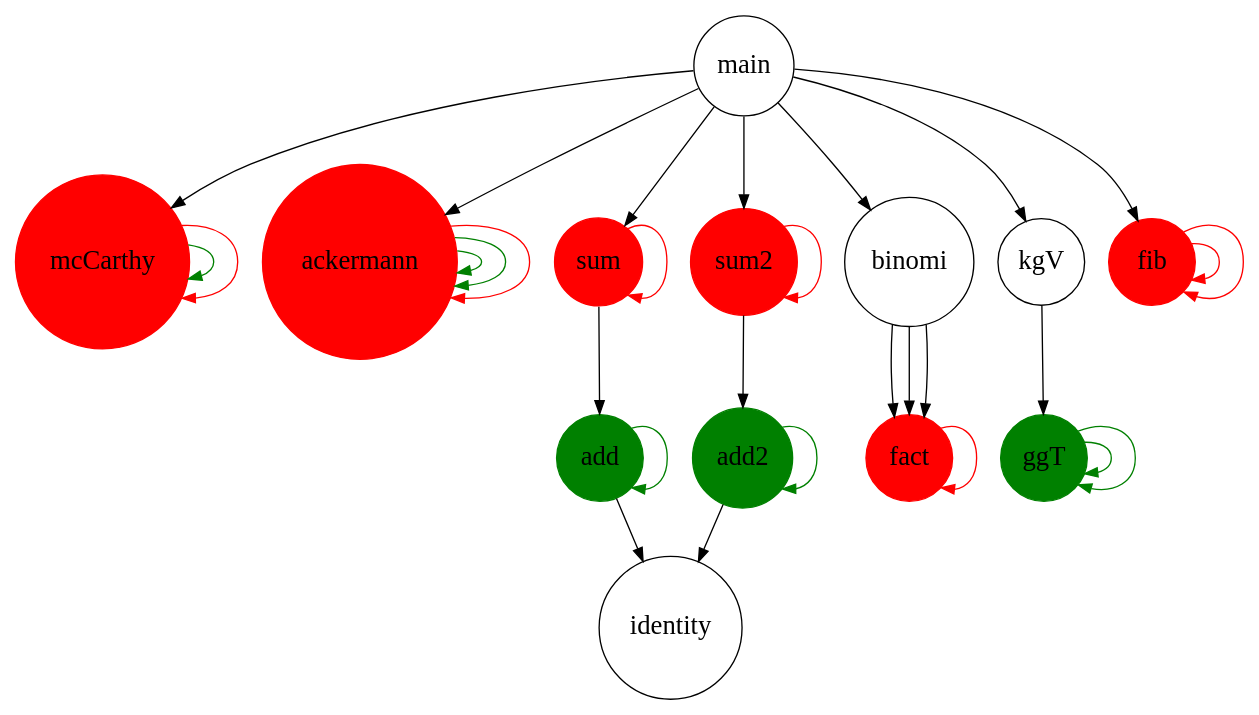
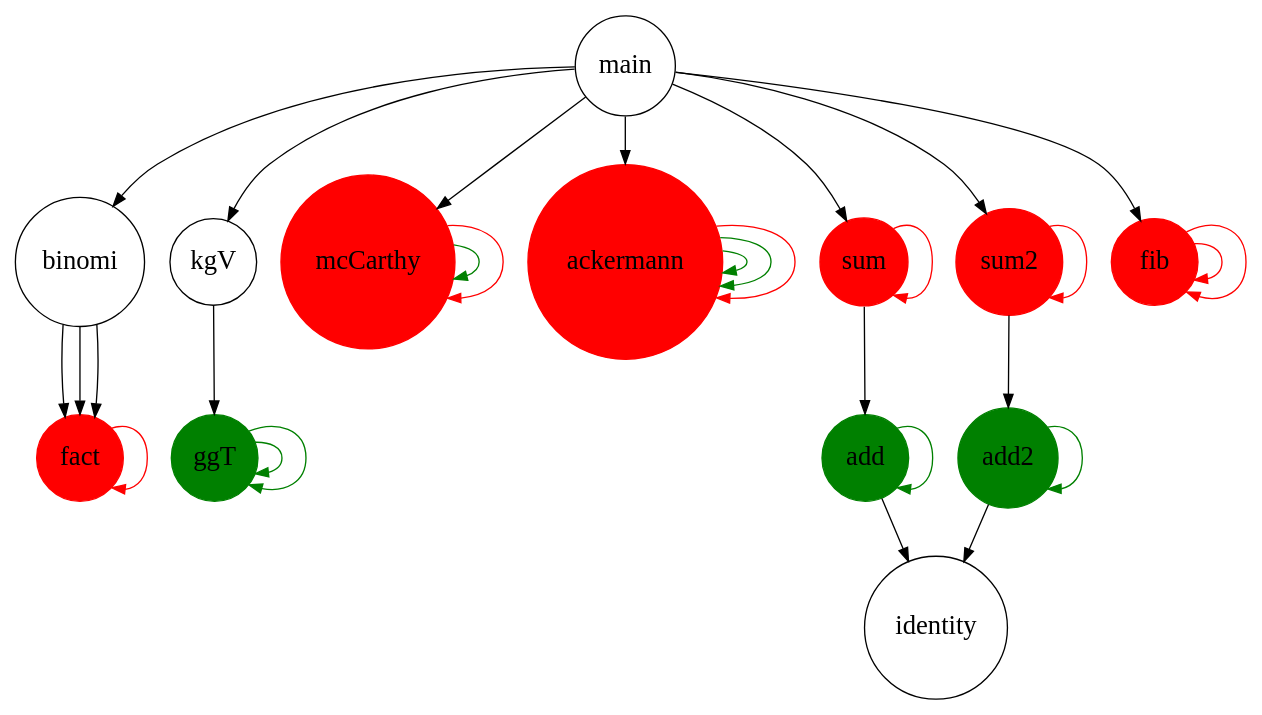
Before and after one commit to timlehmkuhl/CallGraph: the diagram in src/main/resources/output.dot, drawn with Graphviz. The commit also changed 11 other files, not shown here.

```diff
--- a/src/main/resources/output.dot
+++ b/src/main/resources/output.dot
@@ -1,55 +1,63 @@
-    digraph G {
+ digraph G {
     ranksep=.5;
-    edge [arrowsize=1]
+    edge [arrowsize=1];
     node [shape=circle, fontsize=20,  height=.90];
-    add[style=filled color="green"];add2[style=filled color="green"];ggT[style=filled color="green"];mcCarthy[style=filled color="green"];ackermann[style=filled color="green"];
-        main;identity;add;add2;sum;sum2;binomi;fact;ggT;kgV;fib;mcCarthy;ackermann;
-        sum[style=filled color="red"];sum2[style=filled color="red"];fact[style=filled color="red"];fib[style=filled color="red"];mcCarthy[style=filled color="red"];ackermann[style=filled color="red"];
-         main -> sum;
-         main -> sum2;
-         main -> binomi;
-         main -> fib;
-         main -> kgV;
-         main -> ackermann;
-         main -> mcCarthy;
-         
-         add -> identity;
-         
-         add2 -> identity;
-         
-         sum -> add;
-         
-         sum2 -> add2;
-         
-         binomi -> fact;
-         binomi -> fact;
-         binomi -> fact;
-         
-         kgV -> ggT;
-         
-         add -> add[color="green"];
-         
-         add2 -> add2[color="green"];
-         
-         ggT -> ggT[color="green"];
-         ggT -> ggT[color="green"];
-         
-         mcCarthy -> mcCarthy[color="green"];
-         
-         ackermann -> ackermann[color="green"];
-         ackermann -> ackermann[color="green"];
-         
-         sum -> sum[color="red"];
-         
-         sum2 -> sum2[color="red"];
-         
-         fact -> fact[color="red"];
-         
-         fib -> fib[color="red"];
-         fib -> fib[color="red"];
-         
-         mcCarthy -> mcCarthy[color="red"];
-         
-         ackermann -> ackermann[color="red"];
-         
+
+    /* Nodes */
+    main;
+    binomi;
+    kgV;
+
+    /* Nodes Endrekursiv */
+    add[style=filled color=green];
+    add2[style=filled color=green];
+    ggT[style=filled color=green];
+    mcCarthy[style=filled color=green];
+    ackermann[style=filled color=green];
+
+    /* Nodes Rekursiv */
+    sum[style=filled color=red];
+    sum2[style=filled color=red];
+    fact[style=filled color=red];
+    fib[style=filled color=red];
+    mcCarthy[style=filled color=red];
+    ackermann[style=filled color=red];
+
+    /* Edges */
+     main -> sum;
+     main -> sum2;
+     main -> binomi;
+     main -> fib;
+     main -> kgV;
+     main -> ackermann;
+     main -> mcCarthy;
+     add -> identity;
+     add2 -> identity;
+     sum -> add;
+     sum2 -> add2;
+     binomi -> fact;
+     binomi -> fact;
+     binomi -> fact;
+     kgV -> ggT;
+     
+
+    /* Edges Endrekursiv */
+     add -> add[color=green];
+     add2 -> add2[color=green];
+     ggT -> ggT[color=green];
+     ggT -> ggT[color=green];
+     mcCarthy -> mcCarthy[color=green];
+     ackermann -> ackermann[color=green];
+     ackermann -> ackermann[color=green];
+     
+
+     /* Edges Rekursiv */
+     sum -> sum[color=red];
+     sum2 -> sum2[color=red];
+     fact -> fact[color=red];
+     fib -> fib[color=red];
+     fib -> fib[color=red];
+     mcCarthy -> mcCarthy[color=red];
+     ackermann -> ackermann[color=red];
+     
 }
```
